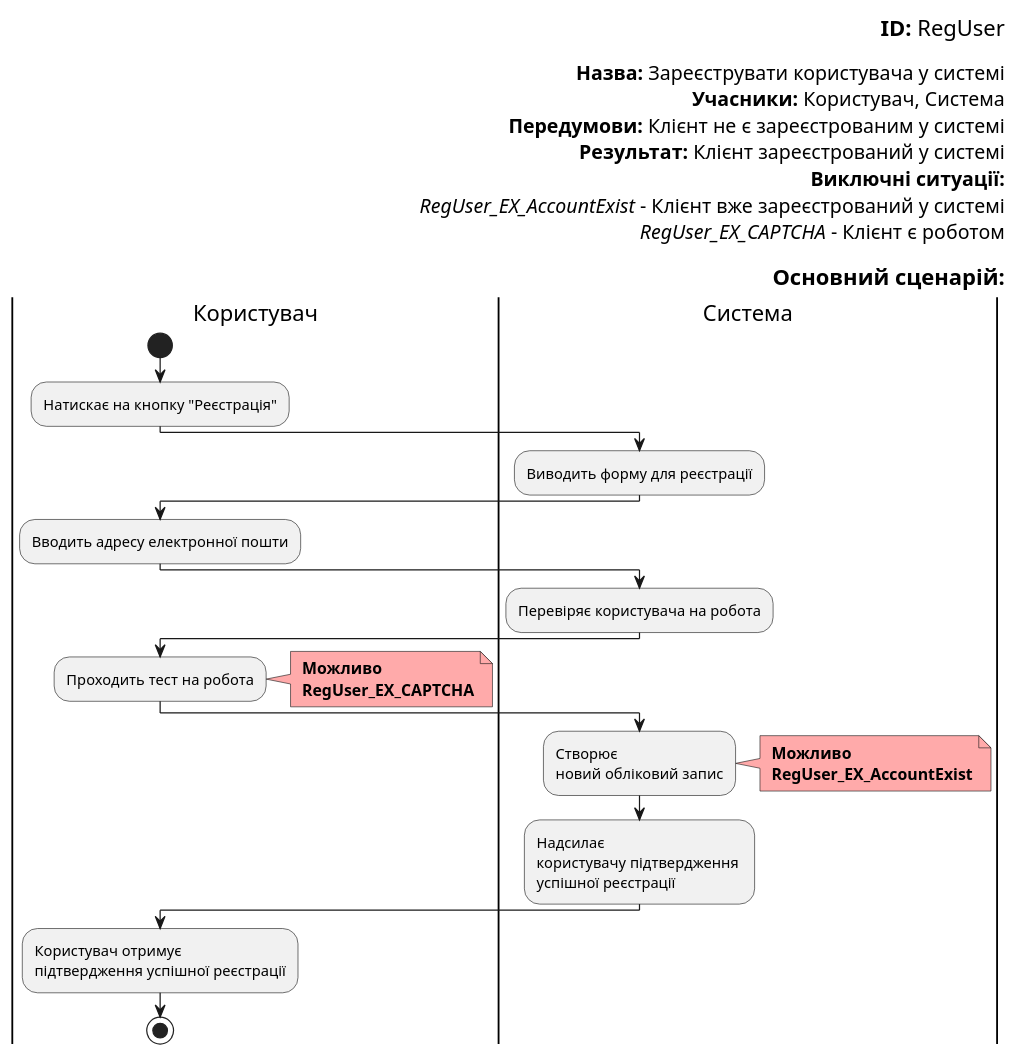
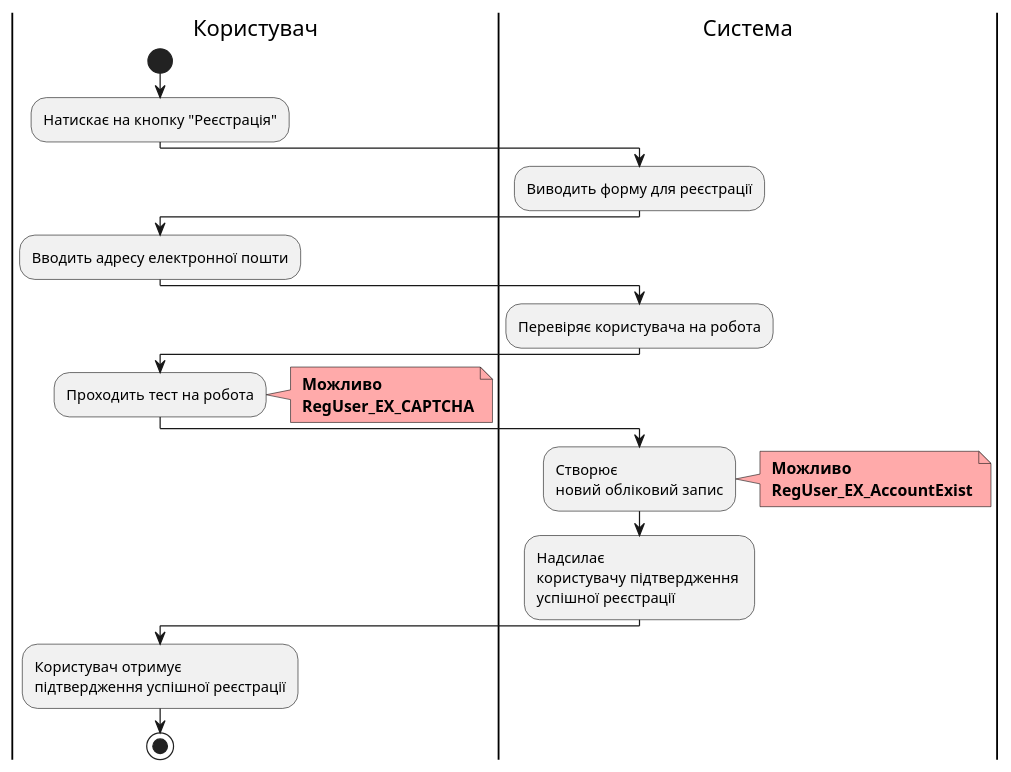
The sixth of 19 diagrams in docs/use cases/README.md (boldak/edu-db-cw), drawn with PlantUML before and after one commit. The commit also changed other lines of this file, not shown here.

```diff
--- a/docs/use cases/README.md
+++ b/docs/use cases/README.md
@@ -272,54 +290,40 @@
 @startuml
-
-    right header        
-        <font color=000 size=18><b>ID:</b> RegUser
-
-        <font color=000 size=16><b>Назва:</b> Зареєструвати користувача у системі
-        <font color=000 size=16><b>Учасники:</b> Користувач, Система
-        <font color=000 size=16><b>Передумови:</b> Клієнт не є зареєстрованим у системі
-        <font color=000 size=16><b>Результат:</b> Клієнт зареєстрований у системі
-        <font color=000 size=16><b>Виключні ситуації:</b>
-        <font color=000 size=16><i>RegUser_EX_AccountExist</i> - Клієнт вже зареєстрований у системі
-        <font color=000 size=16><i>RegUser_EX_CAPTCHA</i> - Клієнт є роботом
-        
-        <font color=000 size=18><b>Основний сценарій:</b>
-    end header
 
     |Користувач|
         start
         :Натискає на кнопку "Реєстрація";
         
     |Система|
         :Виводить форму для реєстрації;
         
     |Користувач|
         :Вводить адресу електронної пошти;
         
     |Система|
         :Перевіряє користувача на робота;
         
     |Користувач|
         :Проходить тест на робота;
         note right #ffaaaa
         <b> Можливо
         <b> RegUser_EX_CAPTCHA
         end note
         
     |Система|
         :Створює 
         новий обліковий запис;
         note right #ffaaaa
         <b> Можливо
         <b> RegUser_EX_AccountExist
         end note
         
         :Надсилає
         користувачу підтвердження 
         успішної реєстрації;
         
     |Користувач|
         :Користувач отримує 
         підтвердження успішної реєстрації;
         stop;
 
 @enduml
```
